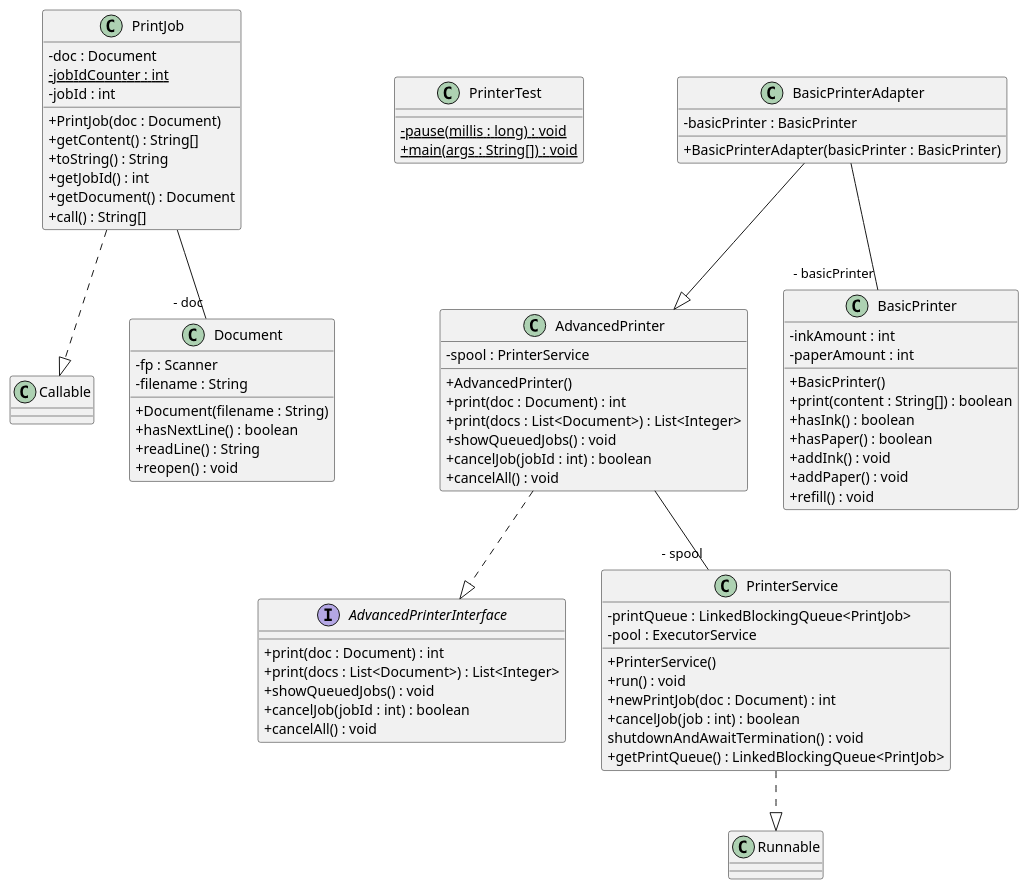
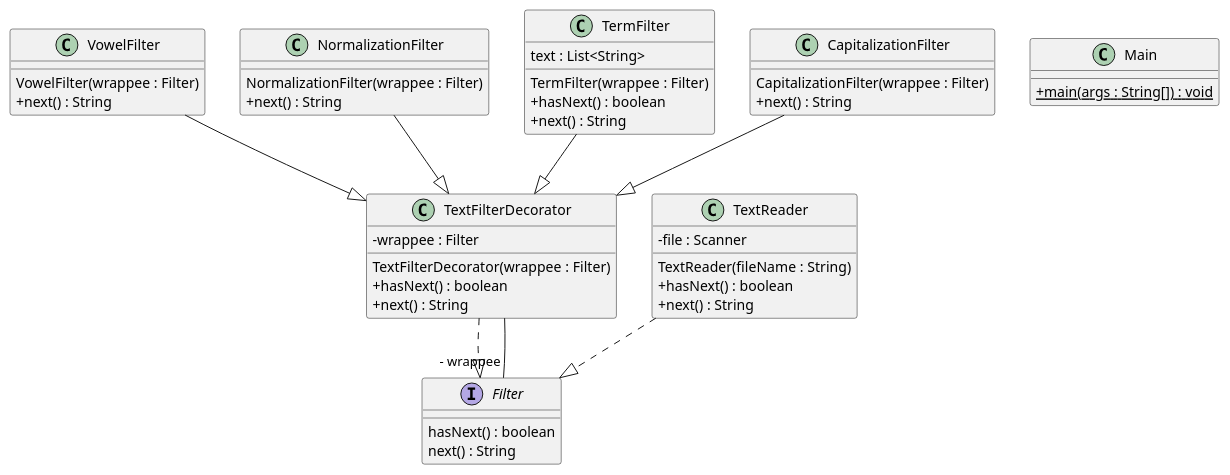
The diagram in UML/output.puml (pedropintoo/PDS), drawn with PlantUML before and after one commit. The commit also changed 3 other files, not shown here.

Commit message:
UML lab08

```diff
--- a/UML/output.puml
+++ b/UML/output.puml
@@ -1,74 +1,47 @@
 @startuml
 skinparam classAttributeIconSize 0
-class PrintJob{
-- doc : Document
-- {static} jobIdCounter : int
-- jobId : int
-+ PrintJob(doc : Document)
-+ getContent() : String[]
-+ toString() : String
-+ getJobId() : int
-+ getDocument() : Document
-+ call() : String[]
+class VowelFilter{
+VowelFilter(wrappee : Filter)
++ next() : String
 }
-PrintJob ..|> Callable
-class PrinterTest{
-- {static} pause(millis : long) : void
+VowelFilter --|> TextFilterDecorator
+class Main{
 + {static} main(args : String[]) : void
 }
-class AdvancedPrinter{
-- spool : PrinterService
-+ AdvancedPrinter()
-+ print(doc : Document) : int
-+ print(docs : List<Document>) : List<Integer>
-+ showQueuedJobs() : void
-+ cancelJob(jobId : int) : boolean
-+ cancelAll() : void
+class TextFilterDecorator{
+- wrappee : Filter
+TextFilterDecorator(wrappee : Filter)
++ hasNext() : boolean
++ next() : String
 }
-AdvancedPrinter ..|> AdvancedPrinterInterface
-class BasicPrinter{
-- inkAmount : int
-- paperAmount : int
-+ BasicPrinter()
-+ print(content : String[]) : boolean
-+ hasInk() : boolean
-+ hasPaper() : boolean
-+ addInk() : void
-+ addPaper() : void
-+ refill() : void
+TextFilterDecorator ..|> Filter
+class NormalizationFilter{
+NormalizationFilter(wrappee : Filter)
++ next() : String
 }
-class Document{
-- fp : Scanner
-- filename : String
-+ Document(filename : String)
-+ hasNextLine() : boolean
-+ readLine() : String
-+ reopen() : void
+NormalizationFilter --|> TextFilterDecorator
+class TermFilter{
+text : List<String>
+TermFilter(wrappee : Filter)
++ hasNext() : boolean
++ next() : String
 }
-class BasicPrinterAdapter{
-- basicPrinter : BasicPrinter
-+ BasicPrinterAdapter(basicPrinter : BasicPrinter)
+TermFilter --|> TextFilterDecorator
+class TextReader{
+- file : Scanner
+TextReader(fileName : String)
++ hasNext() : boolean
++ next() : String
 }
-BasicPrinterAdapter --|> AdvancedPrinter
-class PrinterService{
-- printQueue : LinkedBlockingQueue<PrintJob>
-- pool : ExecutorService
-+ PrinterService()
-+ run() : void
-+ newPrintJob(doc : Document) : int
-+ cancelJob(job : int) : boolean
-shutdownAndAwaitTermination() : void
-+ getPrintQueue() : LinkedBlockingQueue<PrintJob>
+TextReader ..|> Filter
+class CapitalizationFilter{
+CapitalizationFilter(wrappee : Filter)
++ next() : String
 }
-PrinterService ..|> Runnable
-PrintJob--"- doc" Document
-AdvancedPrinter--"- spool" PrinterService
-BasicPrinterAdapter--"- basicPrinter" BasicPrinter
-interface AdvancedPrinterInterface{
-+ print(doc : Document) : int
-+ print(docs : List<Document>) : List<Integer>
-+ showQueuedJobs() : void
-+ cancelJob(jobId : int) : boolean
-+ cancelAll() : void
+CapitalizationFilter --|> TextFilterDecorator
+TextFilterDecorator--"- wrappee" Filter
+interface Filter{
+hasNext() : boolean
+next() : String
 }
 @enduml
```
